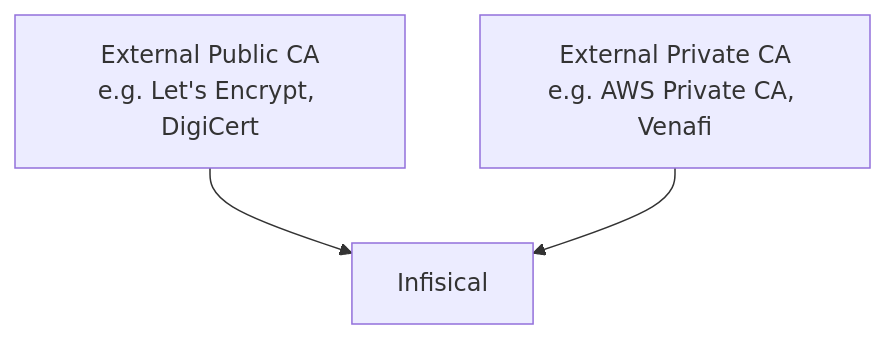
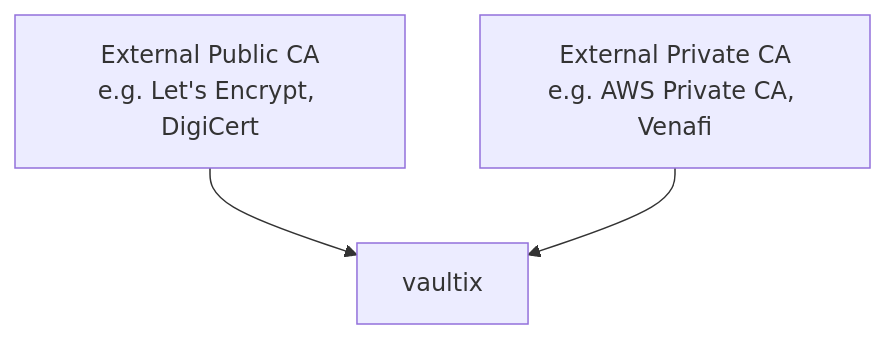
Before and after one commit to shippinAI/vaultix: the diagram in core/docs/documentation/platform/pki/ca/external-ca.mdx, drawn with Mermaid. The commit also changed other lines of this file and 1202 other files, not shown here.

````diff
--- a/core/docs/documentation/platform/pki/ca/external-ca.mdx
+++ b/core/docs/documentation/platform/pki/ca/external-ca.mdx
@@ -13,5 +13,5 @@
 ```mermaid
 graph TD
-    A1[External Public CA<br>e.g. Let's Encrypt, DigiCert] --> Infisical
-    A2[External Private CA<br>e.g. AWS Private CA, Venafi] --> Infisical
+    A1[External Public CA<br>e.g. Let's Encrypt, DigiCert] --> vaultix
+    A2[External Private CA<br>e.g. AWS Private CA, Venafi] --> vaultix
 ```
````
